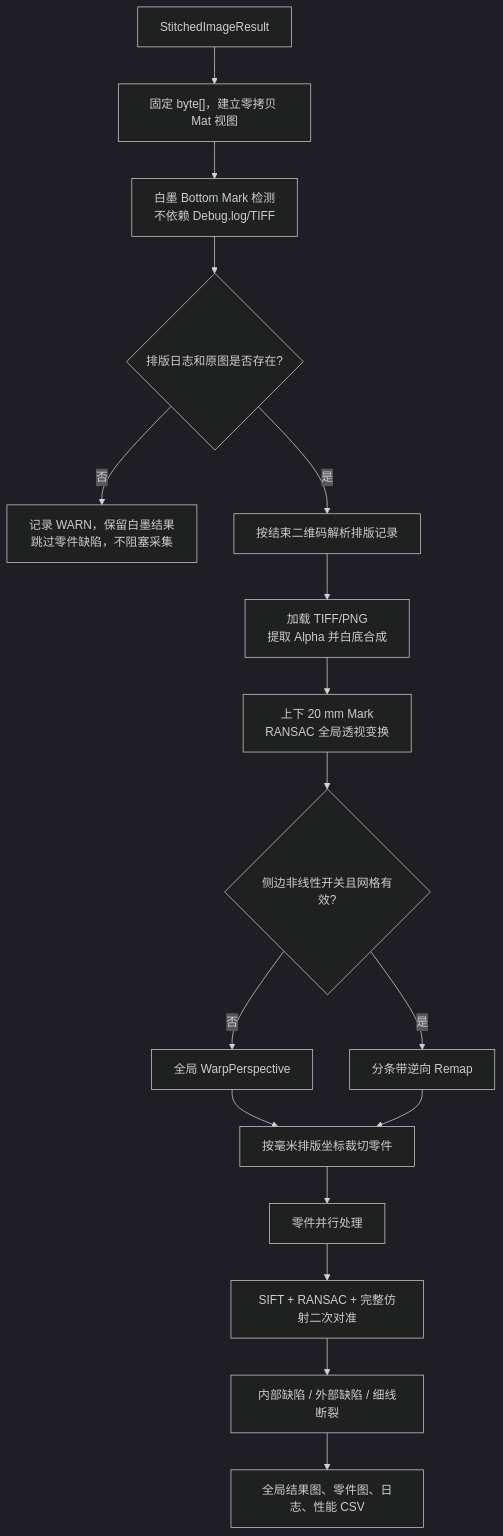
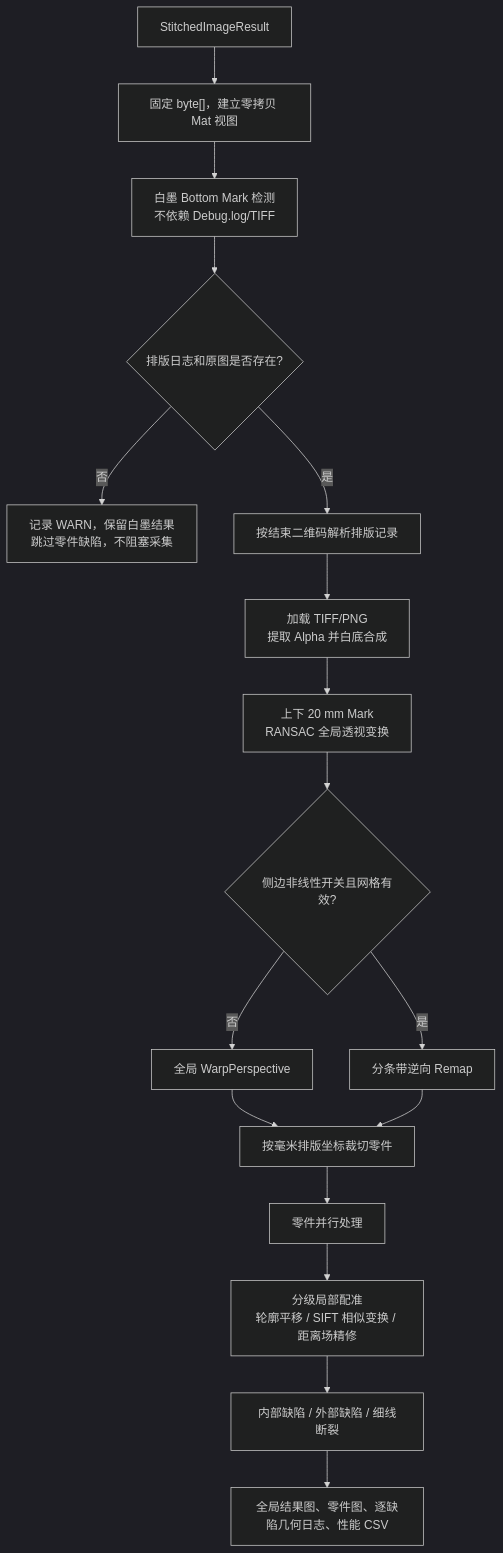
Before and after one commit to Kevin-ykg/CIS_WebInspector: the fifth of 9 diagrams in 项目全局导航与开发指南.md, drawn with Mermaid (dark theme). The commit also changed other lines of this file and 48 other files, not shown here.

````diff
--- a/项目全局导航与开发指南.md
+++ b/项目全局导航与开发指南.md
@@ -338,19 +374,19 @@
 ```mermaid
 flowchart TD
     A["StitchedImageResult"] --> B["固定 byte[]，建立零拷贝 Mat 视图"]
     B --> C["白墨 Bottom Mark 检测<br/>不依赖 Debug.log/TIFF"]
     C --> D{"排版日志和原图是否存在?"}
     D -->|否| E["记录 WARN，保留白墨结果<br/>跳过零件缺陷，不阻塞采集"]
     D -->|是| F["按结束二维码解析排版记录"]
     F --> G["加载 TIFF/PNG<br/>提取 Alpha 并白底合成"]
     G --> H["上下 20 mm Mark<br/>RANSAC 全局透视变换"]
     H --> I{"侧边非线性开关且网格有效?"}
     I -->|否| J["全局 WarpPerspective"]
     I -->|是| K["分条带逆向 Remap"]
     J --> L["按毫米排版坐标裁切零件"]
     K --> L
     L --> M["零件并行处理"]
-    M --> N["SIFT + RANSAC + 完整仿射二次对准"]
+    M --> N["分级局部配准<br/>轮廓平移 / SIFT 相似变换 / 距离场精修"]
     N --> O["内部缺陷 / 外部缺陷 / 细线断裂"]
-    O --> P["全局结果图、零件图、日志、性能 CSV"]
+    O --> P["全局结果图、零件图、逐缺陷几何日志、性能 CSV"]
 ```
````
